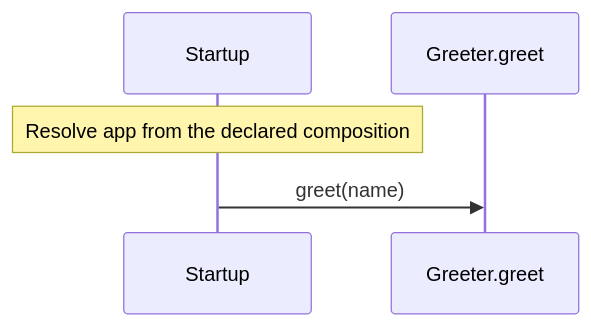
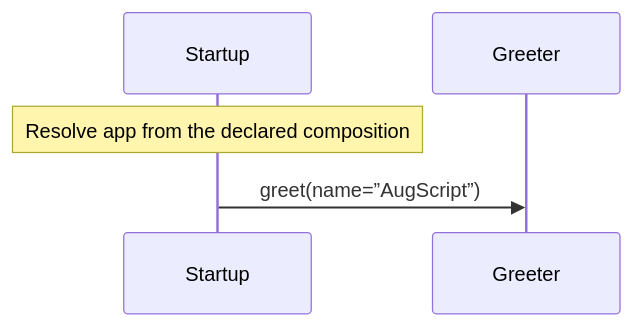
Before and after one commit to GreenPandaStudios/augscript: the third of 3 diagrams in docs/examples/hello/main-diagrams.md, drawn with Mermaid. The commit also changed other lines of this file and 524 other files, not shown here.

Commit message:
Explain checked data flow at folder and service levels

````diff
--- a/docs/examples/hello/main-diagrams.md
+++ b/docs/examples/hello/main-diagrams.md
@@ -45,7 +47,7 @@
 ```mermaid
 sequenceDiagram
     participant p0 as Startup
-    participant p1 as Greeter.greet
+    participant p1 as Greeter
     Note over p0: Resolve app from the declared composition
-    p0->>p1: greet(name)
+    p0->>p1: greet(name=”AugScript”)
 ```
````
